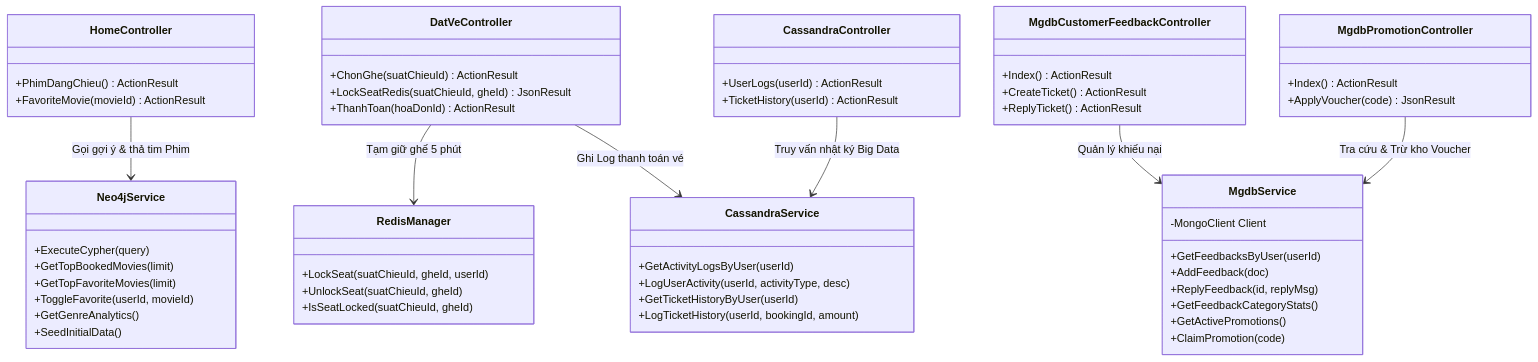
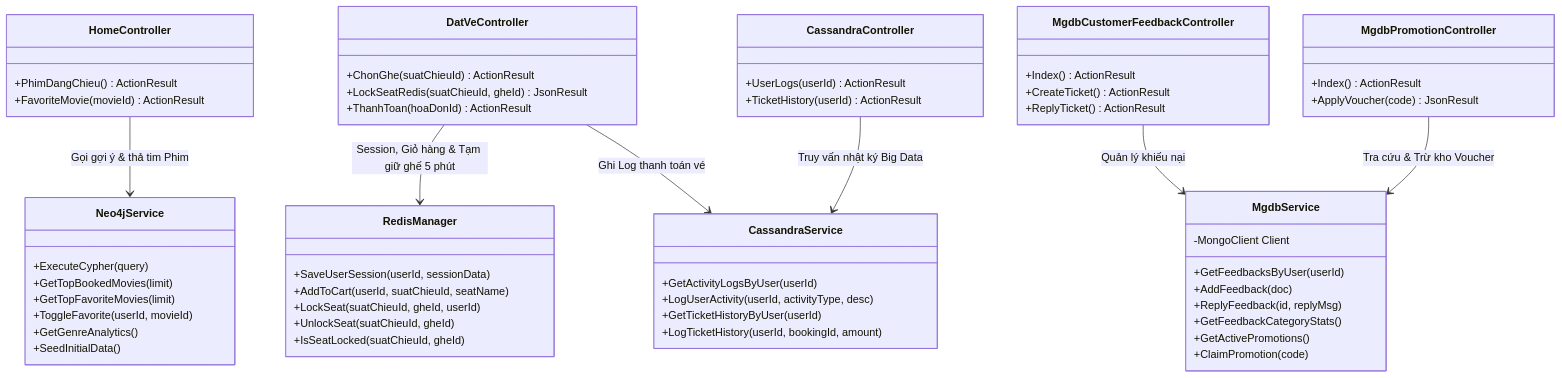
The fourth of 13 diagrams in TaiLieu/TaiLieu_SDS_ToanBo_HeThong_Movana.md (Anh-BE/WEB_DatVe_XemPhim), drawn with Mermaid before and after one commit. The commit also changed other lines of this file and 1 other file, not shown here.

Commit message:
[Doc] Bo sung Luong Active Session Dang Nhap va Luong Gio Hang Dat Ve Redis vao Chuong 4 va Chuong 8

````diff
--- a/TaiLieu/TaiLieu_SDS_ToanBo_HeThong_Movana.md
+++ b/TaiLieu/TaiLieu_SDS_ToanBo_HeThong_Movana.md
@@ -402,68 +438,70 @@
 ```mermaid
 classDiagram
     class HomeController {
         +PhimDangChieu() ActionResult
         +FavoriteMovie(movieId) ActionResult
     }
 
     class DatVeController {
         +ChonGhe(suatChieuId) ActionResult
         +LockSeatRedis(suatChieuId, gheId) JsonResult
         +ThanhToan(hoaDonId) ActionResult
     }
 
     class MgdbCustomerFeedbackController {
         +Index() ActionResult
         +CreateTicket() ActionResult
         +ReplyTicket() ActionResult
     }
 
     class MgdbPromotionController {
         +Index() ActionResult
         +ApplyVoucher(code) JsonResult
     }
 
     class CassandraController {
         +UserLogs(userId) ActionResult
         +TicketHistory(userId) ActionResult
     }
 
     class MgdbService {
         -MongoClient Client
         +GetFeedbacksByUser(userId)
         +AddFeedback(doc)
         +ReplyFeedback(id, replyMsg)
         +GetFeedbackCategoryStats()
         +GetActivePromotions()
         +ClaimPromotion(code)
     }
 
     class Neo4jService {
         +ExecuteCypher(query)
         +GetTopBookedMovies(limit)
         +GetTopFavoriteMovies(limit)
         +ToggleFavorite(userId, movieId)
         +GetGenreAnalytics()
         +SeedInitialData()
     }
 
     class CassandraService {
         +GetActivityLogsByUser(userId)
         +LogUserActivity(userId, activityType, desc)
         +GetTicketHistoryByUser(userId)
         +LogTicketHistory(userId, bookingId, amount)
     }
 
     class RedisManager {
+        +SaveUserSession(userId, sessionData)
+        +AddToCart(userId, suatChieuId, seatName)
         +LockSeat(suatChieuId, gheId, userId)
         +UnlockSeat(suatChieuId, gheId)
         +IsSeatLocked(suatChieuId, gheId)
     }
 
     HomeController --> Neo4jService : Gọi gợi ý & thả tim Phim
-    DatVeController --> RedisManager : Tạm giữ ghế 5 phút
+    DatVeController --> RedisManager : Session, Giỏ hàng & Tạm giữ ghế 5 phút
     DatVeController --> CassandraService : Ghi Log thanh toán vé
     MgdbCustomerFeedbackController --> MgdbService : Quản lý khiếu nại
     MgdbPromotionController --> MgdbService : Tra cứu & Trừ kho Voucher
     CassandraController --> CassandraService : Truy vấn nhật ký Big Data
 ```
````
